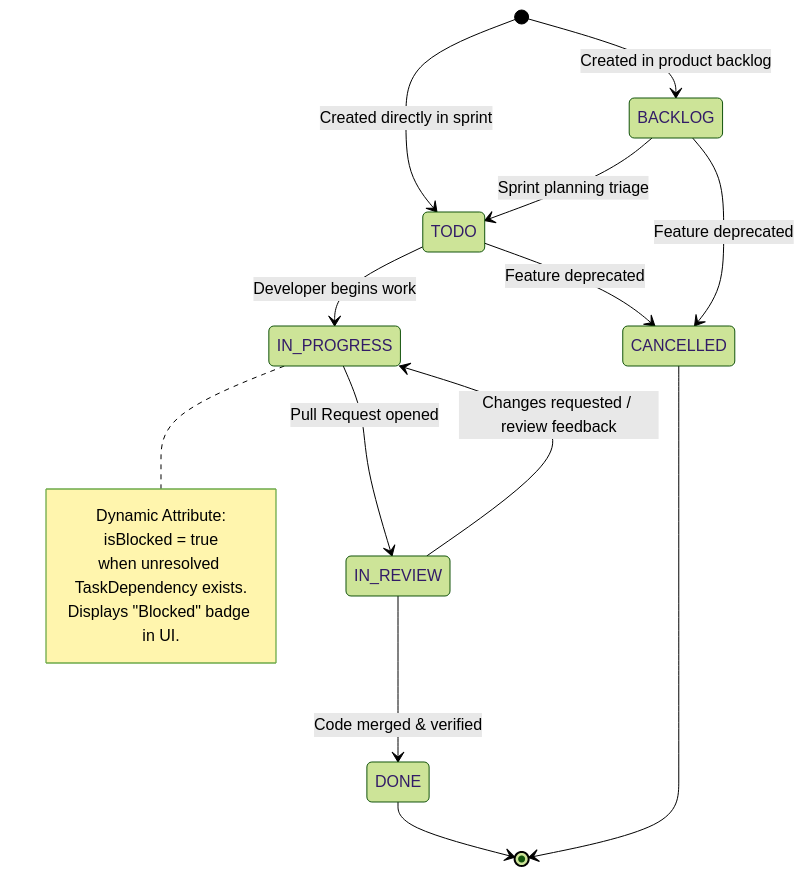
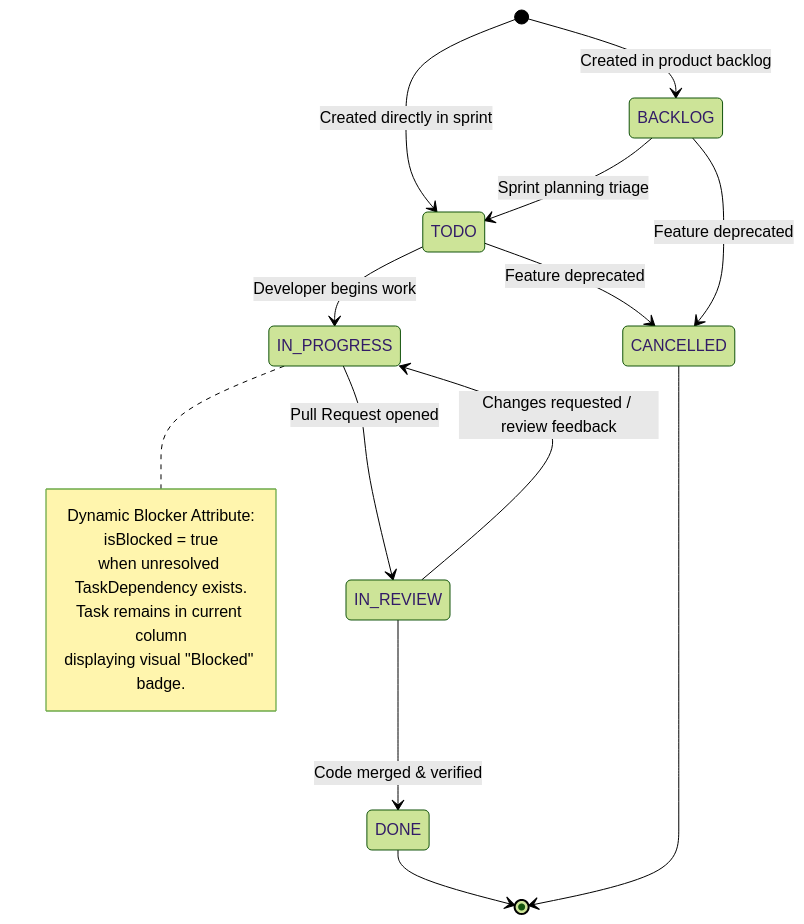
The fifth of 7 diagrams in docs/00-project-overview/user-journeys-and-workflows.md (Y0oLK/teamflow), drawn with Mermaid (forest theme) before and after one commit. The commit also changed other lines of this file and 4 other files, not shown here.

Commit message:
docs: incorporate approved Q1-Q6 architecture decisions, string fractional indexing, and technical hardening into SRS v1.2.0

````diff
--- a/docs/00-project-overview/user-journeys-and-workflows.md
+++ b/docs/00-project-overview/user-journeys-and-workflows.md
@@ -180,21 +186,22 @@
 ```mermaid
 stateDiagram-v2
     [*] --> BACKLOG: Created in product backlog
     [*] --> TODO: Created directly in sprint
     BACKLOG --> TODO: Sprint planning triage
     TODO --> IN_PROGRESS: Developer begins work
     IN_PROGRESS --> IN_REVIEW: Pull Request opened
     IN_REVIEW --> IN_PROGRESS: Changes requested / review feedback
     IN_REVIEW --> DONE: Code merged & verified
     TODO --> CANCELLED: Feature deprecated
     BACKLOG --> CANCELLED: Feature deprecated
     DONE --> [*]
     CANCELLED --> [*]
 
     note right of IN_PROGRESS
-      Dynamic Attribute:
+      Dynamic Blocker Attribute:
       isBlocked = true
       when unresolved TaskDependency exists.
-      Displays "Blocked" badge in UI.
+      Task remains in current column
+      displaying visual "Blocked" badge.
     end note
 ```
````
